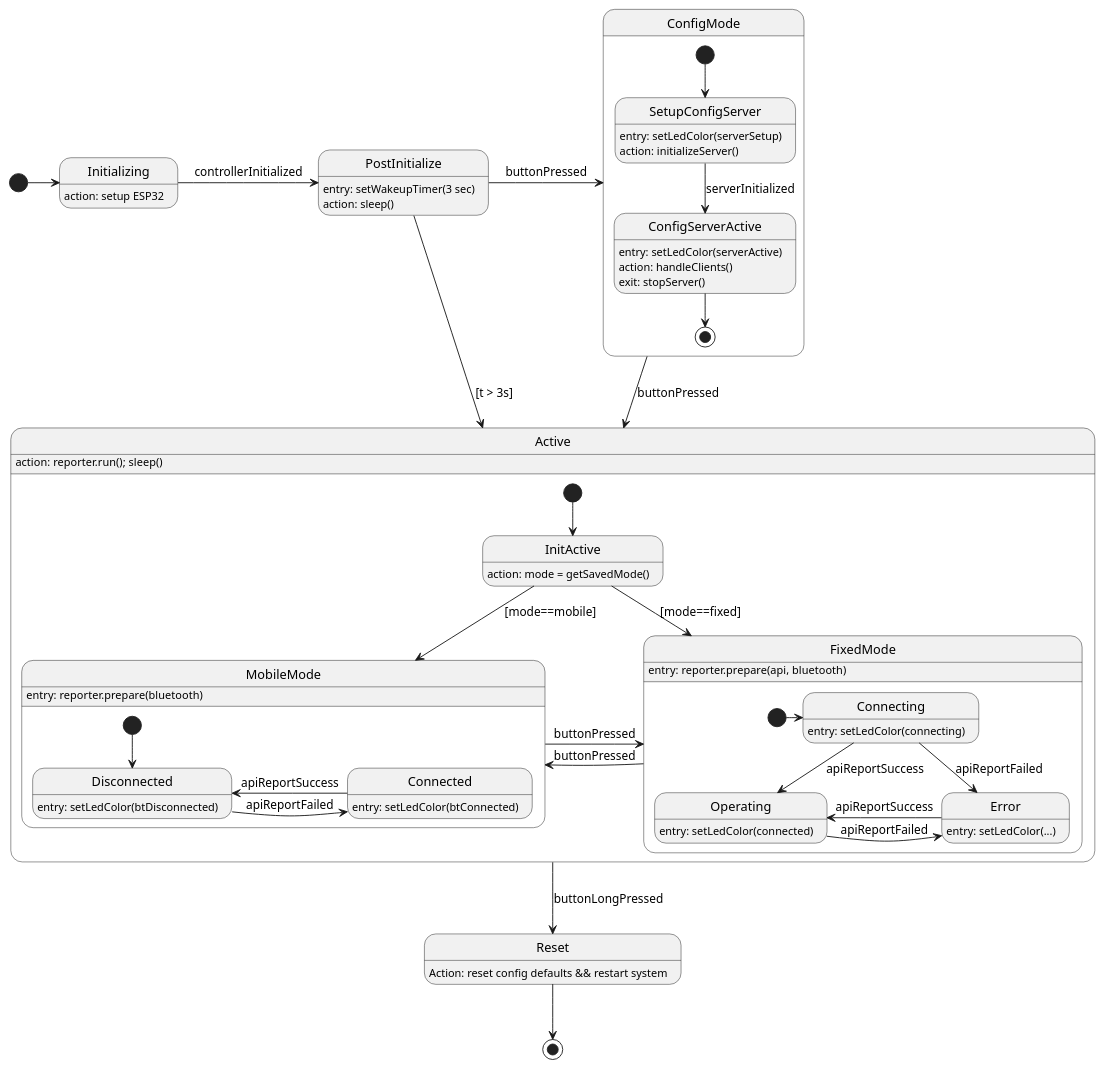
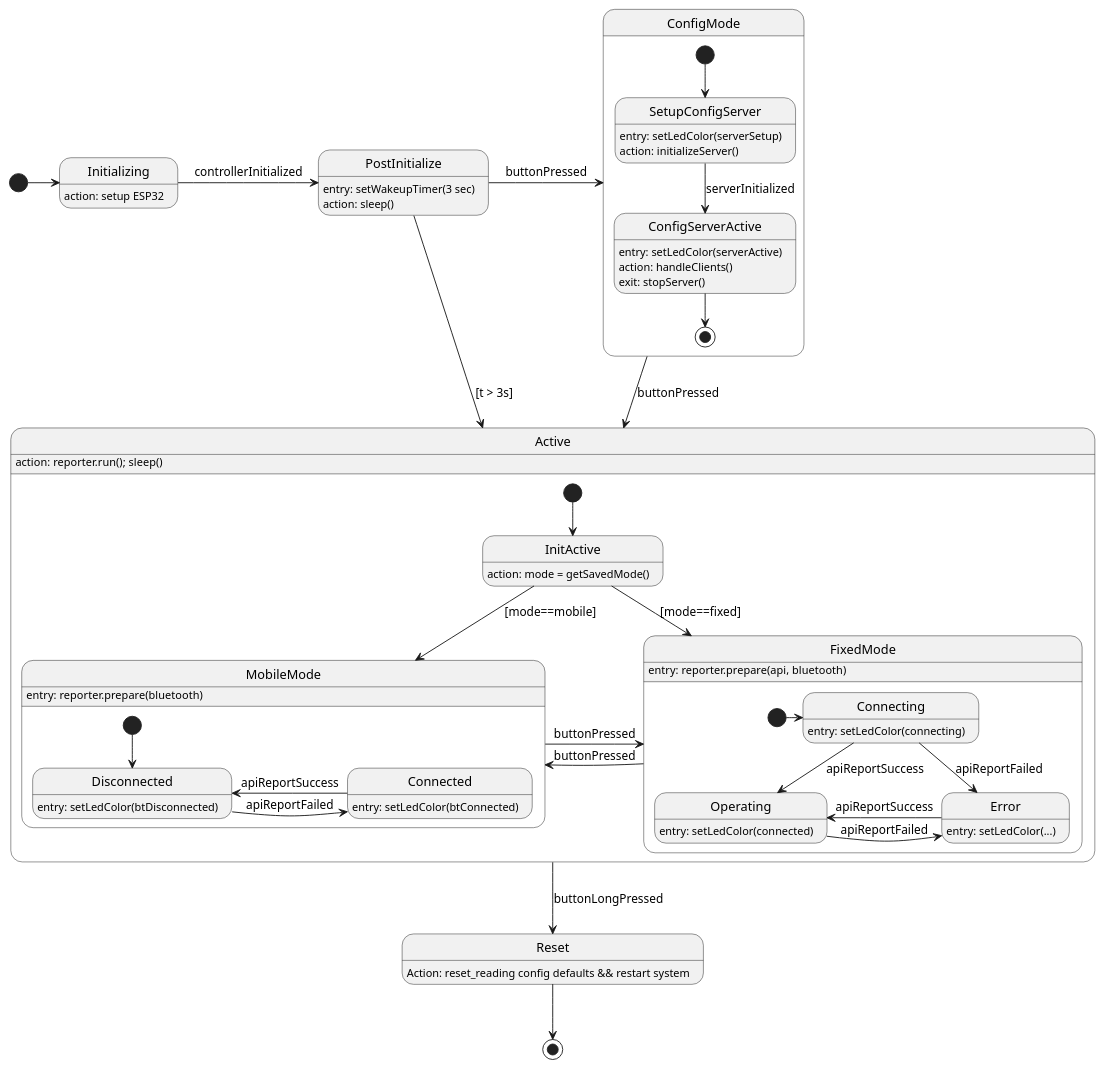
The diagram in designs/software/controller-states.puml (Safecast/bGeigieCast), drawn with PlantUML before and after one commit. The commit also changed 6 other files, not shown here.

```diff
--- a/designs/software/controller-states.puml
+++ b/designs/software/controller-states.puml
@@ -1,79 +1,79 @@
 @startuml
 
 
 state Initializing
 Initializing: action: setup ESP32
 state PostInitialize
 PostInitialize: entry: setWakeupTimer(3 sec)
 PostInitialize: action: sleep()
 state ConfigMode
 state Active
 state Reset
-Reset: Action: reset config defaults && restart system
+Reset: Action: reset_reading config defaults && restart system
 
 state ConfigMode {
     state SetupConfigServer
     SetupConfigServer: entry: setLedColor(serverSetup)
     SetupConfigServer: action: initializeServer()
     state ConfigServerActive
     ConfigServerActive: entry: setLedColor(serverActive)
     ConfigServerActive: action: handleClients()
     ConfigServerActive: exit: stopServer()
 
     [*] --> SetupConfigServer
     SetupConfigServer --> ConfigServerActive : serverInitialized
     ConfigServerActive --> [*]
 }
 
 state Active {
 
     state InitActive
     InitActive: action: mode = getSavedMode()
     state MobileMode {
         state "Disconnected" as mDisconnected
         mDisconnected: entry: setLedColor(btDisconnected)
         state "Connected" as mConnected
         mConnected: entry: setLedColor(btConnected)
 
         [*] --> mDisconnected
         mDisconnected -> mConnected : apiReportFailed
         mConnected -> mDisconnected : apiReportSuccess
     }
     MobileMode: entry: reporter.prepare(bluetooth)
 
     state FixedMode {
         state Connecting
         Connecting: entry: setLedColor(connecting)
         state Operating
         Operating: entry: setLedColor(connected)
         state Error
         Error: entry: setLedColor(...)
 
         [*] -> Connecting
         Connecting --> Operating : apiReportSuccess
         Connecting --> Error : apiReportFailed
         Operating -> Error : apiReportFailed
         Error -> Operating : apiReportSuccess
     }
     FixedMode: entry: reporter.prepare(api, bluetooth)
 
     [*] --> InitActive
     InitActive --> MobileMode : [mode==mobile]
     InitActive -> FixedMode : [mode==fixed]
     MobileMode -r-> FixedMode : buttonPressed
     FixedMode -l-> MobileMode : buttonPressed
 
 }
 Active: action: reporter.run(); sleep()
 
 
 
 [*] -> Initializing
 Initializing -> PostInitialize : controllerInitialized
 PostInitialize -> ConfigMode : buttonPressed
 PostInitialize -d-> Active : [t > 3s]
 ConfigMode -d-> Active: buttonPressed
 Active --> Reset : buttonLongPressed
 Reset --> [*] 
 
 @enduml
```
